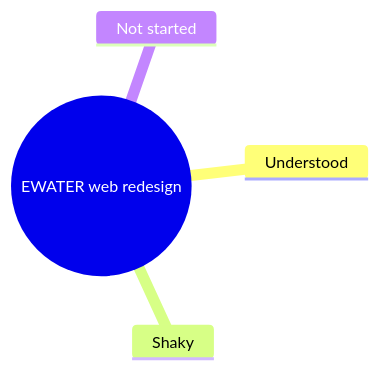
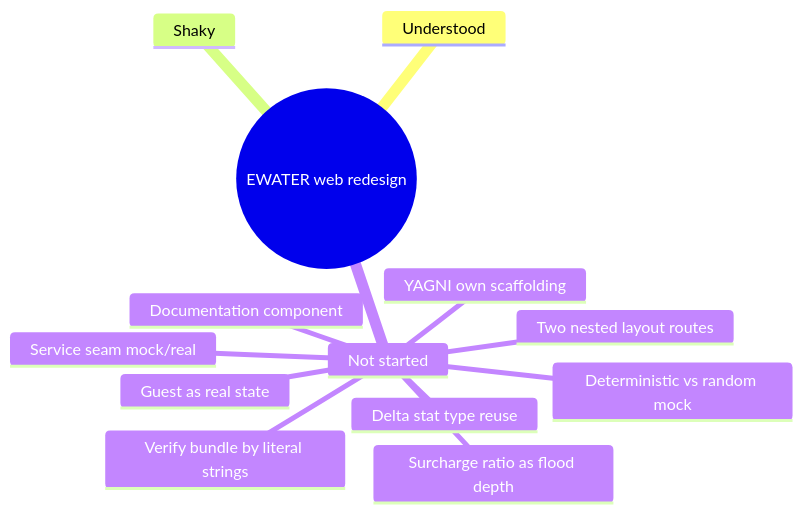
One commit to Phonghigh/EWATER changed the diagram in docs/LEARNING_LOG.md. Above: the diagram before and after it, drawn with Mermaid. The commit also changed other lines of this file and 6 other files, not shown here.

````diff
--- a/docs/LEARNING_LOG.md
+++ b/docs/LEARNING_LOG.md
@@ -26,7 +28,16 @@
 ```mermaid
 mindmap
   root((EWATER web redesign))
     Understood
     Shaky
     Not started
+      Delta stat type reuse
+      Service seam mock/real
+      Guest as real state
+      Documentation component
+      Two nested layout routes
+      YAGNI own scaffolding
+      Verify bundle by literal strings
+      Surcharge ratio as flood depth
+      Deterministic vs random mock
 ```
````
